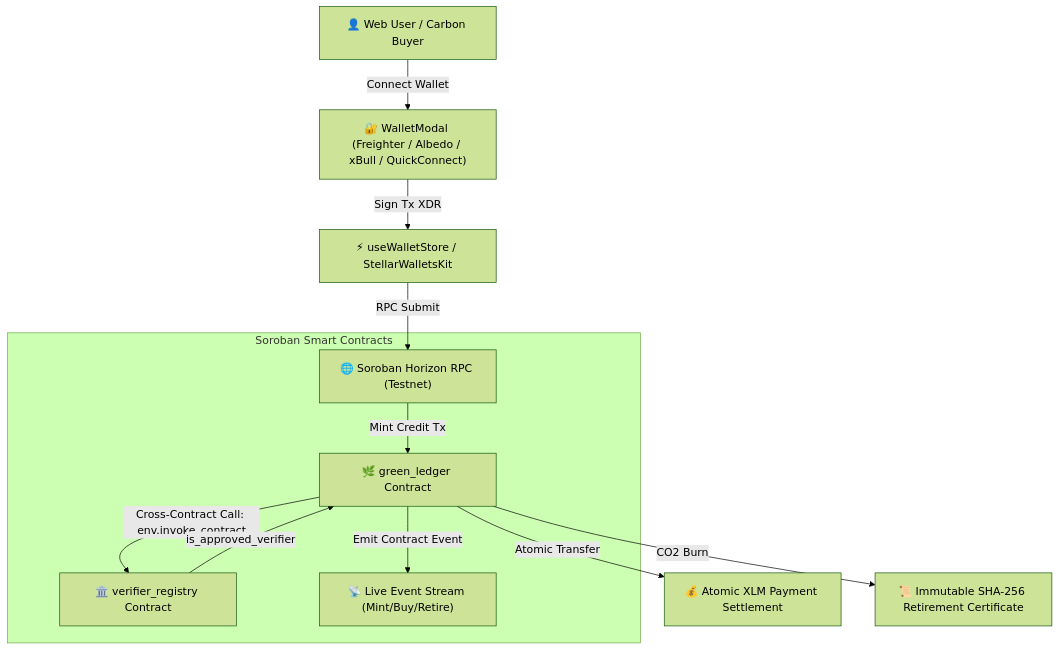
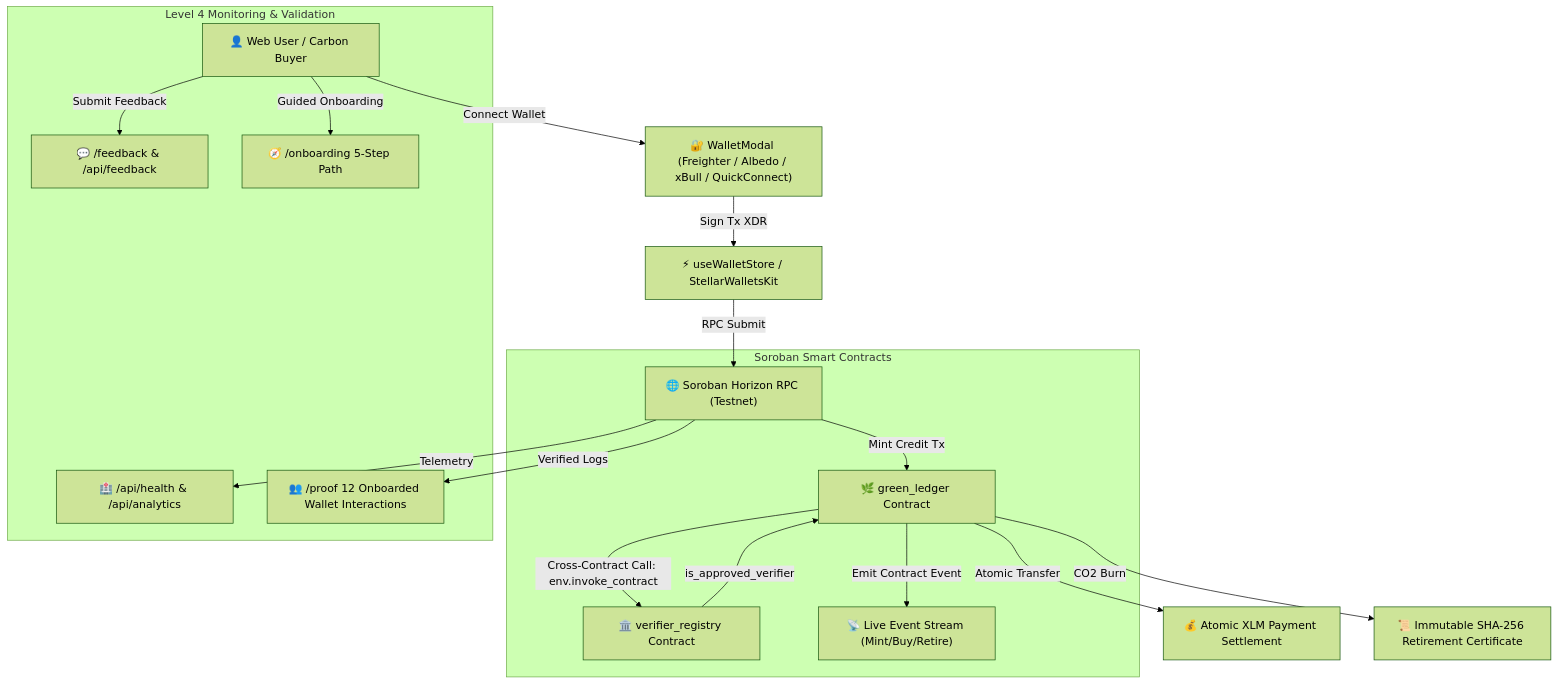
One commit to shivam-1410/GreenLedger changed the diagram in README.md. Above: the diagram before and after it, drawn with Mermaid (forest theme). The commit also changed other lines of this file and 2 other files, not shown here.

Commit message:
docs(level4): update README.md and add submission documentation for Stellar Level 4 Production MVP

````diff
--- a/README.md
+++ b/README.md
@@ -34,16 +40,23 @@
 ```mermaid
 flowchart TD
     User["👤 Web User / Carbon Buyer"] -->|Connect Wallet| Modal["🔐 WalletModal (Freighter / Albedo / xBull / QuickConnect)"]
     Modal -->|Sign Tx XDR| WalletStore["⚡ useWalletStore / StellarWalletsKit"]
     WalletStore -->|RPC Submit| SorobanRPC["🌐 Soroban Horizon RPC (Testnet)"]
     
     subgraph Soroban Smart Contracts
         SorobanRPC -->|Mint Credit Tx| CoreContract["🌿 green_ledger Contract"]
         CoreContract -->|Cross-Contract Call: env.invoke_contract| RegistryContract["🏛️ verifier_registry Contract"]
         RegistryContract -->|is_approved_verifier| CoreContract
         CoreContract -->|Emit Contract Event| EventStream["📡 Live Event Stream (Mint/Buy/Retire)"]
     end
     
     CoreContract -->|Atomic Transfer| Settlement["💰 Atomic XLM Payment Settlement"]
     CoreContract -->|CO2 Burn| Certificate["📜 Immutable SHA-256 Retirement Certificate"]
+    
+    subgraph Level 4 Monitoring & Validation
+        SorobanRPC -->|Telemetry| HealthAPI["🏥 /api/health & /api/analytics"]
+        User -->|Submit Feedback| FeedbackAPI["💬 /feedback & /api/feedback"]
+        User -->|Guided Onboarding| Wizard["🧭 /onboarding 5-Step Path"]
+        SorobanRPC -->|Verified Logs| ProofExplorer["👥 /proof 12 Onboarded Wallet Interactions"]
+    end
 ```
````
